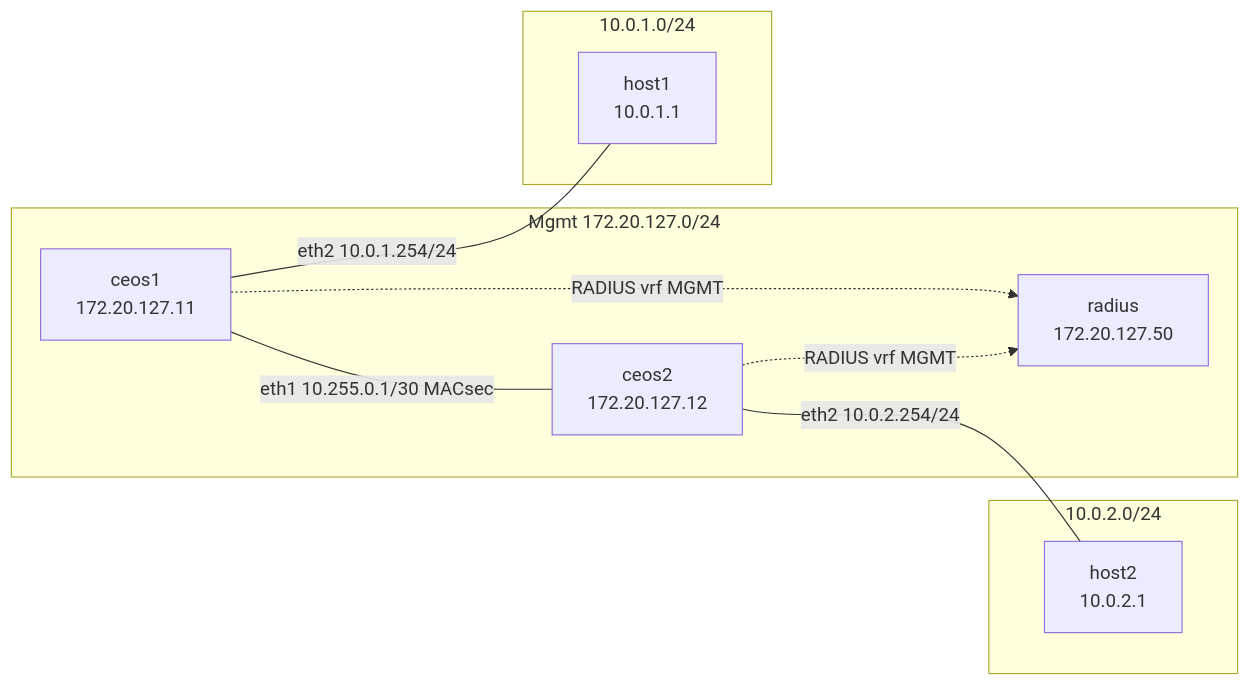
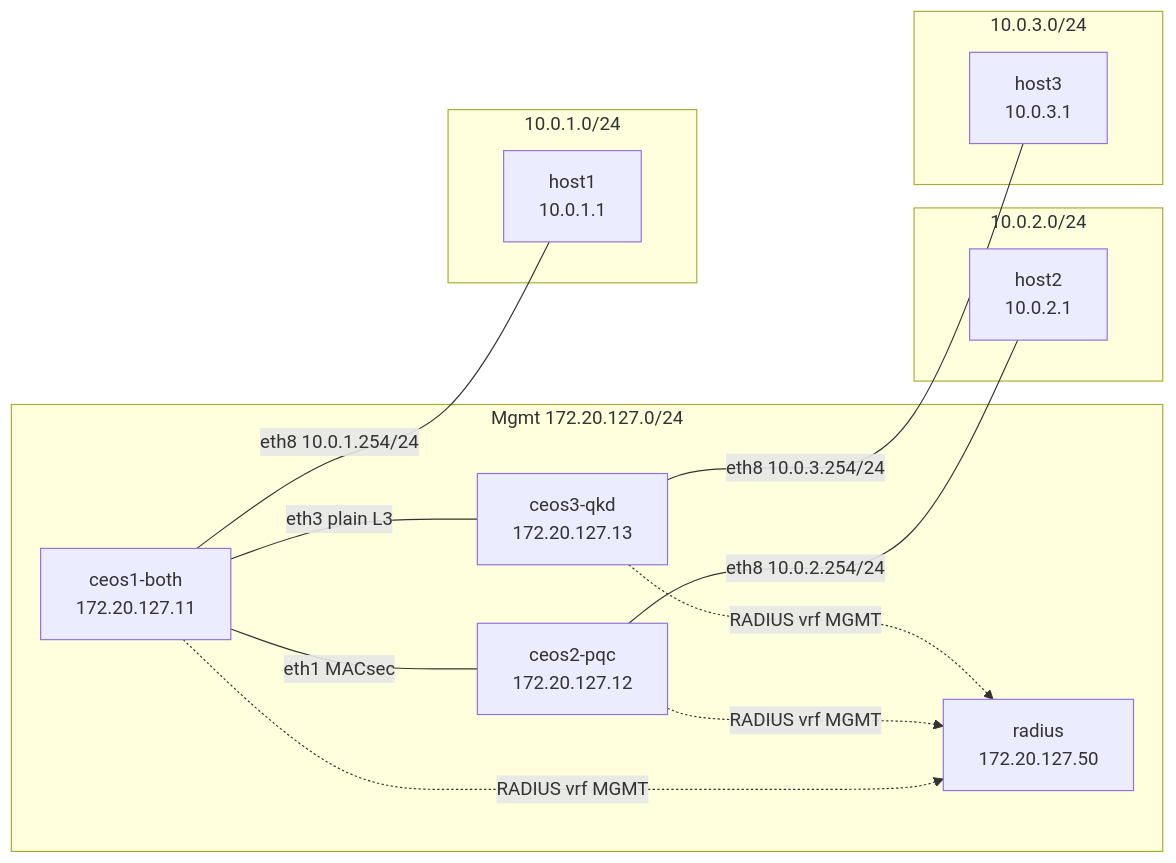
Before and after one commit to fhibler/arista-quantum-safe: the diagram in README.md, drawn with Mermaid. The commit also changed other lines of this file and 38 other files, not shown here.

````diff
--- a/README.md
+++ b/README.md
@@ -131,22 +135,30 @@
 ```mermaid
 flowchart LR
   subgraph mgmt["Mgmt 172.20.127.0/24"]
-    ceos1["ceos1<br/>172.20.127.11"]
-    ceos2["ceos2<br/>172.20.127.12"]
+    ceos1["ceos1-both<br/>172.20.127.11"]
+    ceos2["ceos2-pqc<br/>172.20.127.12"]
+    ceos3["ceos3-qkd<br/>172.20.127.13"]
     radius["radius<br/>172.20.127.50"]
   end
 
   subgraph data1["10.0.1.0/24"]
     h1["host1<br/>10.0.1.1"]
   end
 
   subgraph data2["10.0.2.0/24"]
     h2["host2<br/>10.0.2.1"]
   end
 
-  ceos1 ---|"eth1 10.255.0.1/30 MACsec"| ceos2
-  ceos1 ---|"eth2 10.0.1.254/24"| h1
-  ceos2 ---|"eth2 10.0.2.254/24"| h2
+  subgraph data3["10.0.3.0/24"]
+    h3["host3<br/>10.0.3.1"]
+  end
+
+  ceos1 ---|"eth1 MACsec"| ceos2
+  ceos1 ---|"eth3 plain L3"| ceos3
+  ceos1 ---|"eth8 10.0.1.254/24"| h1
+  ceos2 ---|"eth8 10.0.2.254/24"| h2
+  ceos3 ---|"eth8 10.0.3.254/24"| h3
   ceos1 -.->|"RADIUS vrf MGMT"| radius
   ceos2 -.->|"RADIUS vrf MGMT"| radius
+  ceos3 -.->|"RADIUS vrf MGMT"| radius
 ```
````
